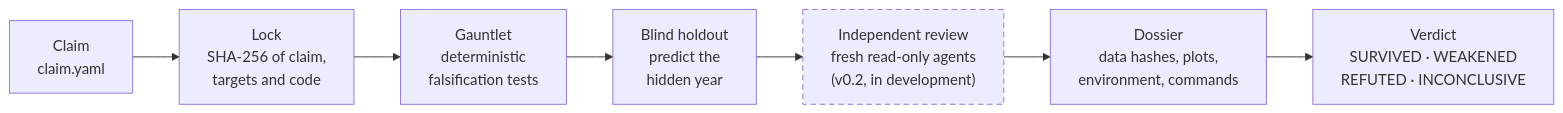
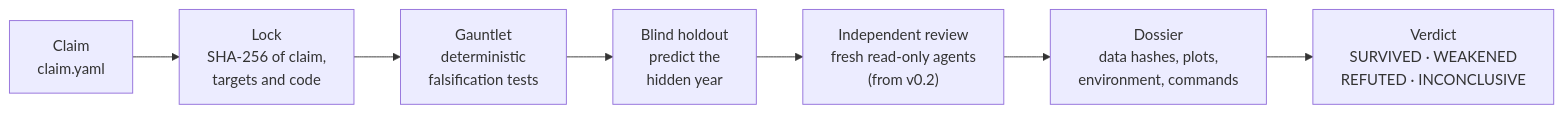
One commit to klucilla/refute changed the diagram in README.md. Above: the diagram before and after it, drawn with Mermaid. The commit also changed other lines of this file and 5 other files, not shown here.

````diff
--- a/README.md
+++ b/README.md
@@ -81,11 +81,9 @@
 ```mermaid
 flowchart LR
     A["Claim<br/>claim.yaml"] --> B["Lock<br/>SHA-256 of claim,<br/>targets and code"]
     B --> C["Gauntlet<br/>deterministic<br/>falsification tests"]
     C --> D["Blind holdout<br/>predict the<br/>hidden year"]
-    D --> E["Independent review<br/>fresh read-only agents<br/>(v0.2, in development)"]
+    D --> E["Independent review<br/>fresh read-only agents<br/>(from v0.2)"]
     E --> F["Dossier<br/>data hashes, plots,<br/>environment, commands"]
     F --> G["Verdict<br/>SURVIVED · WEAKENED<br/>REFUTED · INCONCLUSIVE"]
-    classDef planned stroke-dasharray: 6 4
-    class E planned
 ```
````
